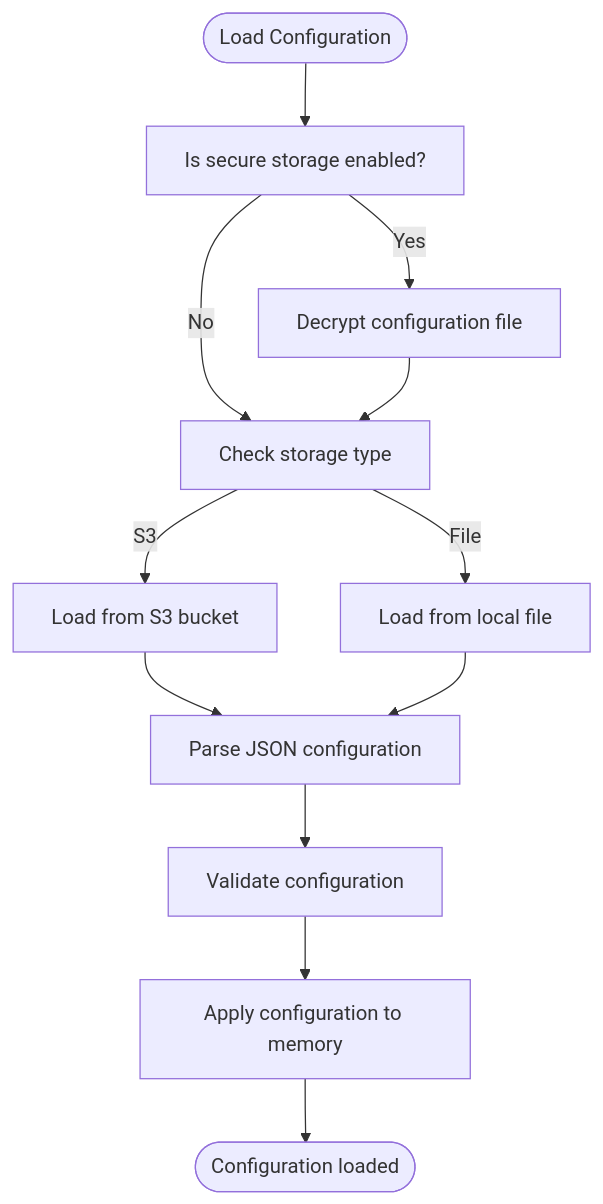
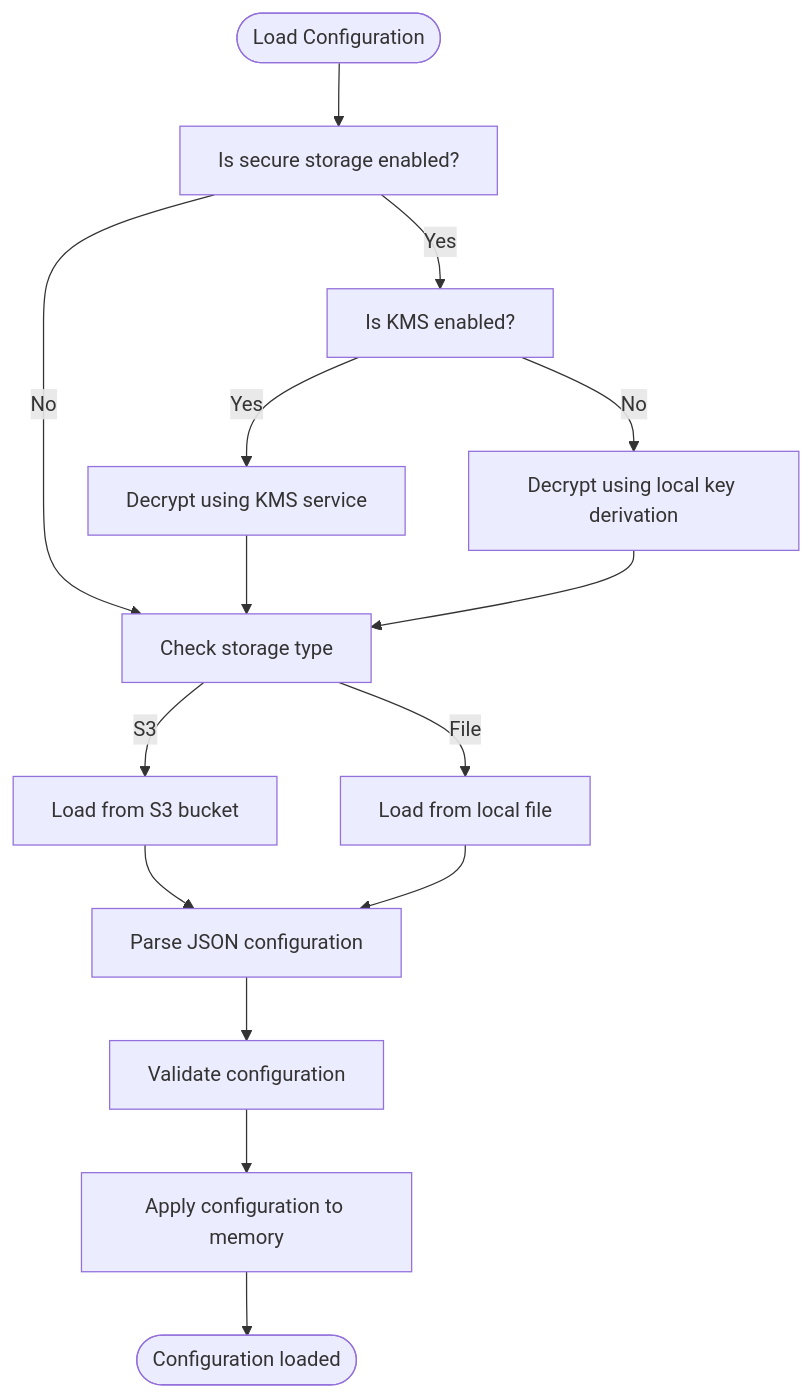
Before and after one commit to smedrec/smart-logs: the second of 8 diagrams in .qoder/repowiki/en/content/Audit Core System/Configuration Management/Config Manager Implementation.md, drawn with Mermaid. The commit also changed other lines of this file and 21 other files, not shown here.

````diff
--- a/.qoder/repowiki/en/content/Audit Core System/Configuration Management/Config Manager Implementation.md
+++ b/.qoder/repowiki/en/content/Audit Core System/Configuration Management/Config Manager Implementation.md
@@ -118,14 +133,17 @@
 ```mermaid
 flowchart TD
 Start([Load Configuration]) --> CheckSecure["Is secure storage enabled?"]
-CheckSecure --> |Yes| Decrypt["Decrypt configuration file"]
+CheckSecure --> |Yes| CheckKMS["Is KMS enabled?"]
 CheckSecure --> |No| CheckStorage["Check storage type"]
-Decrypt --> CheckStorage
+CheckKMS --> |Yes| DecryptKMS["Decrypt using KMS service"]
+CheckKMS --> |No| DecryptLocal["Decrypt using local key derivation"]
+DecryptKMS --> CheckStorage
+DecryptLocal --> CheckStorage
 CheckStorage --> |S3| LoadS3["Load from S3 bucket"]
 CheckStorage --> |File| LoadFile["Load from local file"]
 LoadS3 --> Parse["Parse JSON configuration"]
 LoadFile --> Parse
 Parse --> Validate["Validate configuration"]
 Validate --> Apply["Apply configuration to memory"]
 Apply --> End([Configuration loaded])
 ```
````
